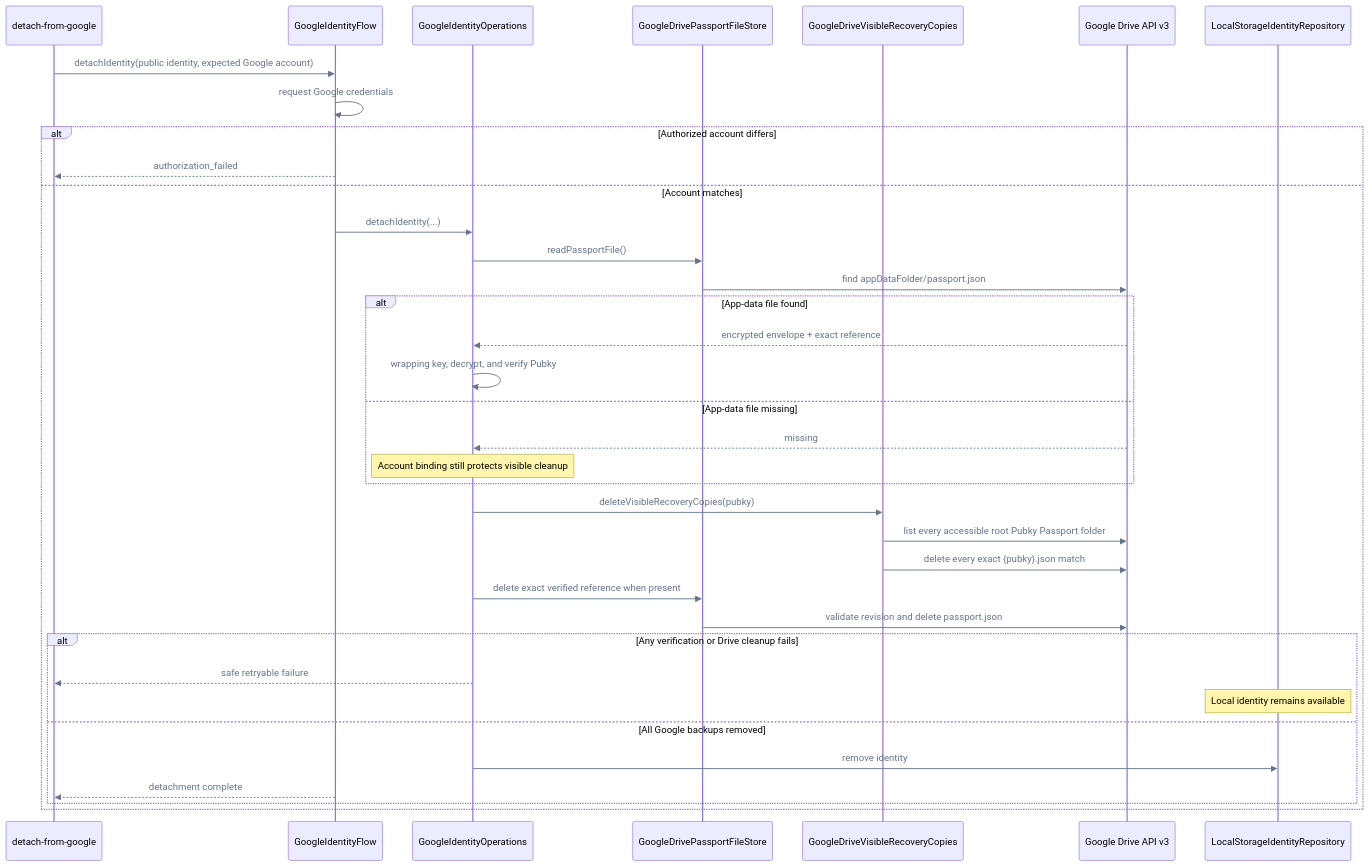
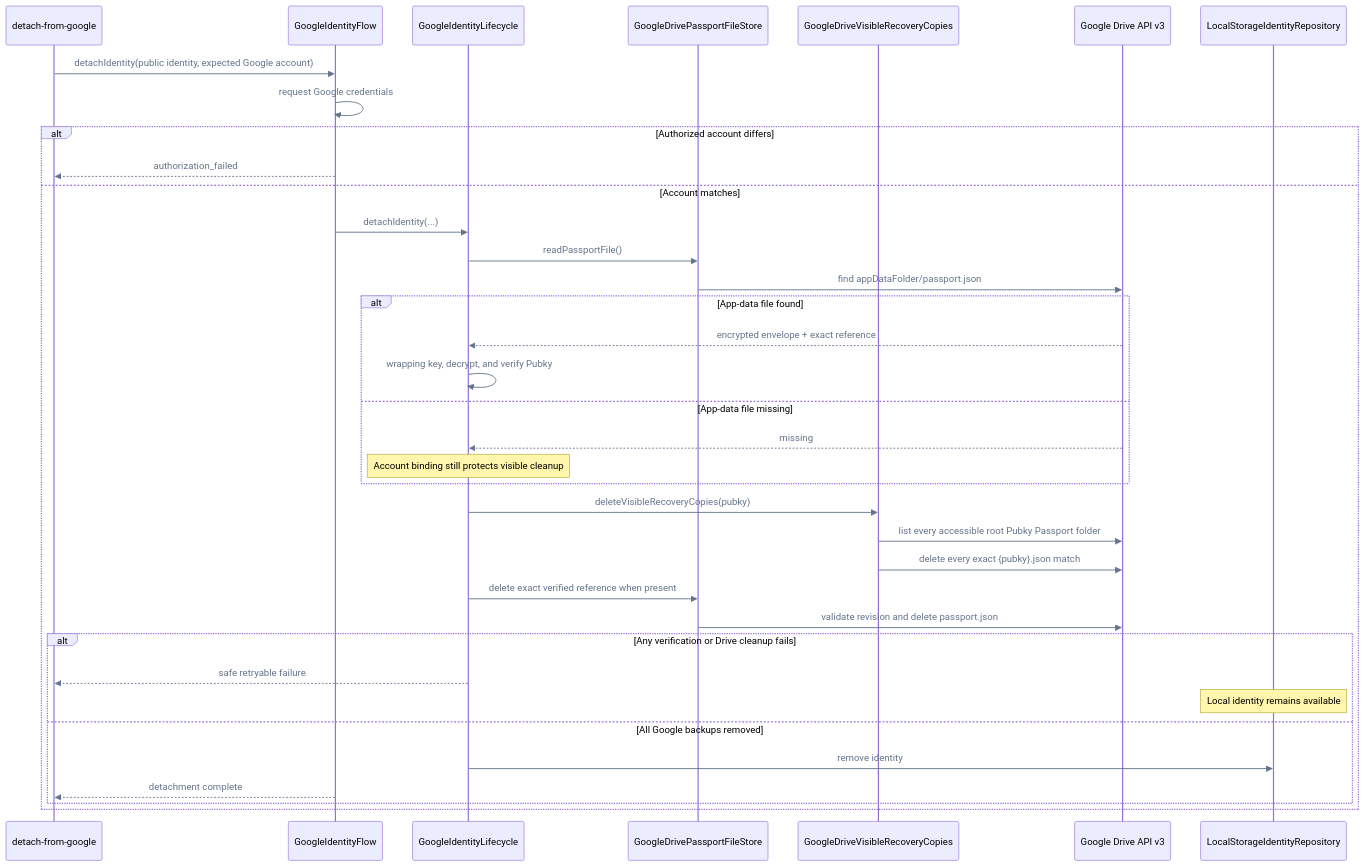
One commit to pubky/pubky-passport changed diagram 12 of 14 in FLOWS.md. Above: the diagram before and after it, drawn with Mermaid. The commit also changed other lines of this file and 15 other files, not shown here.

````diff
--- a/FLOWS.md
+++ b/FLOWS.md
@@ -611,42 +611,42 @@
 ```mermaid
 %%{init: {"themeVariables": {"signalColor": "#64748B", "signalTextColor": "#64748B"}}}%%
 sequenceDiagram
     accTitle: Detach a Pubky identity from Google
     accDescr: Passport verifies the account and identity, deletes every Google backup, and clears the local identity last.
     participant UI as detach-from-google
     participant GoogleFlow as GoogleIdentityFlow
-    participant Operations as GoogleIdentityOperations
+    participant Operations as GoogleIdentityLifecycle
     participant DriveStore as GoogleDrivePassportFileStore
     participant VisibleCopies as GoogleDriveVisibleRecoveryCopies
     participant Drive as Google Drive API v3
     participant Local as LocalStorageIdentityRepository
 
     UI->>GoogleFlow: detachIdentity(public identity, expected Google account)
     GoogleFlow->>GoogleFlow: request Google credentials
     alt Authorized account differs
         GoogleFlow-->>UI: authorization_failed
     else Account matches
         GoogleFlow->>Operations: detachIdentity(...)
         Operations->>DriveStore: readPassportFile()
         DriveStore->>Drive: find appDataFolder/passport.json
         alt App-data file found
             Drive-->>Operations: encrypted envelope + exact reference
             Operations->>Operations: wrapping key, decrypt, and verify Pubky
         else App-data file missing
             Drive-->>Operations: missing
             Note over Operations: Account binding still protects visible cleanup
         end
         Operations->>VisibleCopies: deleteVisibleRecoveryCopies(pubky)
         VisibleCopies->>Drive: list every accessible root Pubky Passport folder
         VisibleCopies->>Drive: delete every exact {pubky}.json match
         Operations->>DriveStore: delete exact verified reference when present
         DriveStore->>Drive: validate revision and delete passport.json
         alt Any verification or Drive cleanup fails
             Operations-->>UI: safe retryable failure
             Note over Local: Local identity remains available
         else All Google backups removed
             Operations->>Local: remove identity
             GoogleFlow-->>UI: detachment complete
         end
     end
 ```
````
